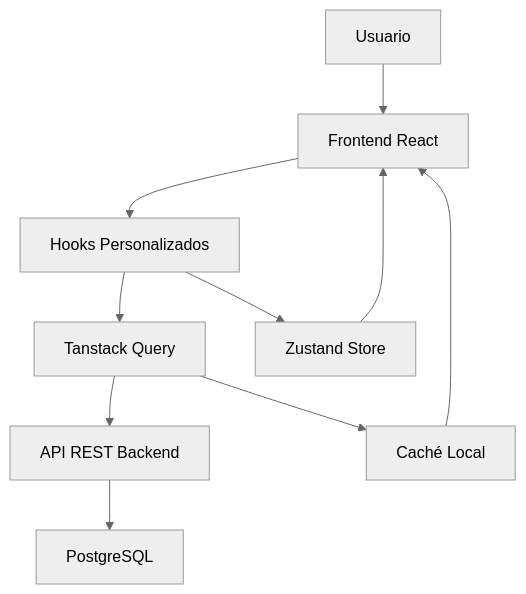
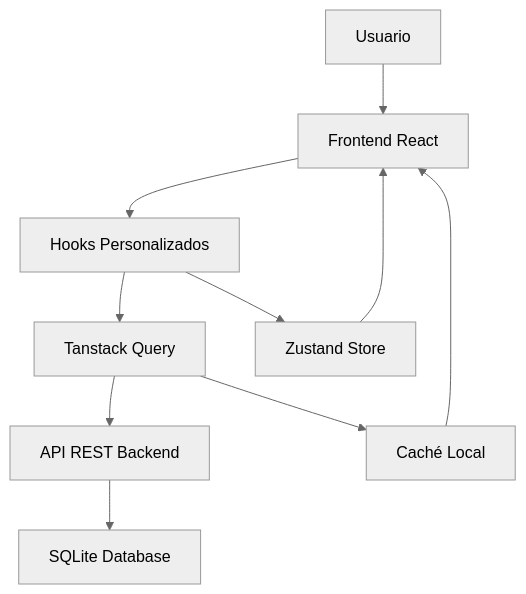
One commit to amilcarrey/uap-web-development changed the diagram in To-Do-Vite/README.md. Above: the diagram before and after it, drawn with Mermaid (neutral theme). The commit also changed other lines of this file and 13 other files, not shown here.

````diff
--- a/To-Do-Vite/README.md
+++ b/To-Do-Vite/README.md
@@ -150,12 +153,12 @@
 ```mermaid
 graph TD
     A[Usuario] --> B[Frontend React]
     B --> C[Hooks Personalizados]
     C --> D[Tanstack Query]
     D --> E[API REST Backend]
-    E --> F[PostgreSQL]
+    E --> F[SQLite Database]
     C --> G[Zustand Store]
     G --> B
     D --> H[Caché Local]
     H --> B
 ```
````
